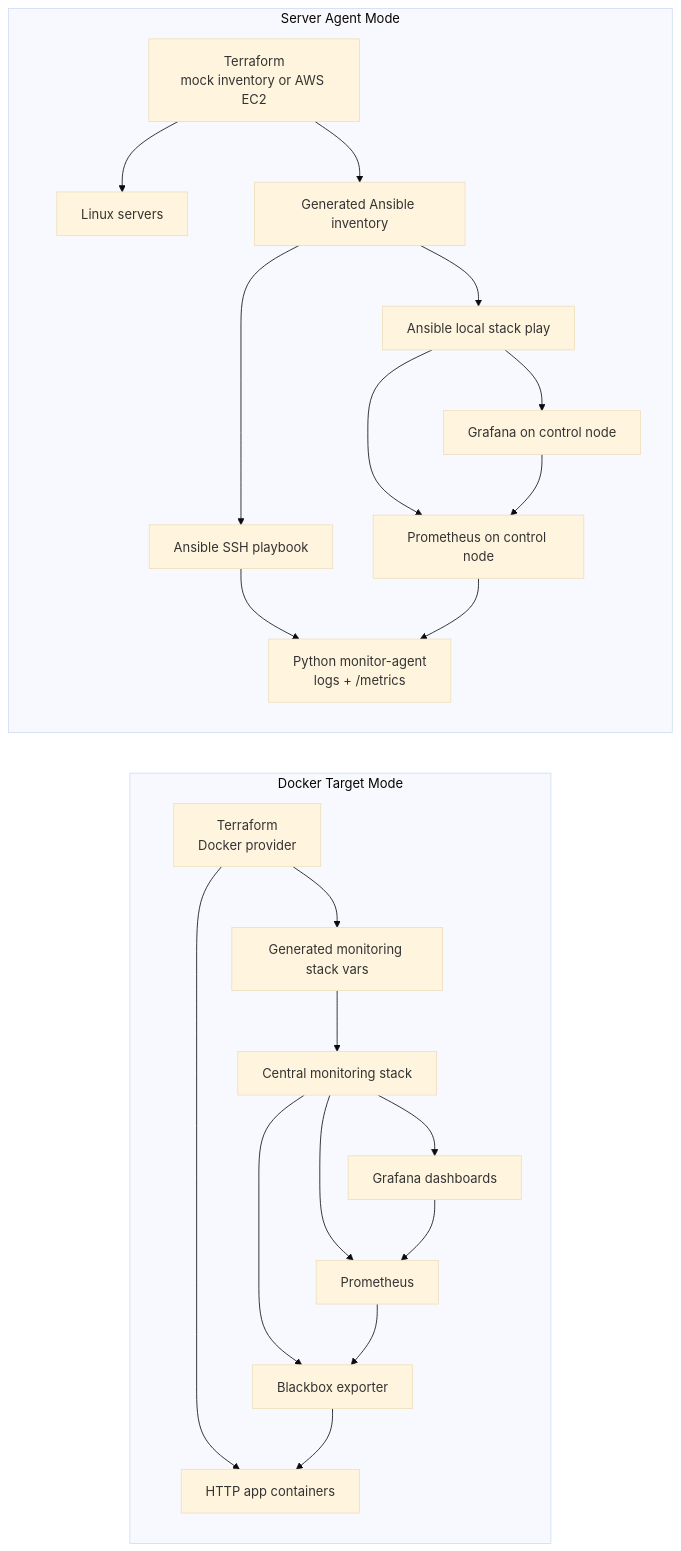
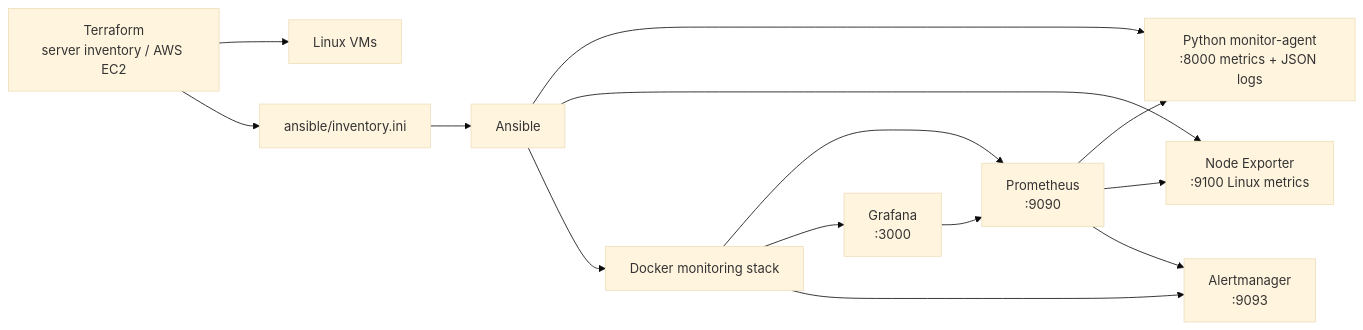
The diagram in README.md (Bikerbyte/iac-monitoring-system), drawn with Mermaid (base theme) before and after one commit. The commit also changed other lines of this file and 25 other files, not shown here.

Commit message:
add Node Exporter role

````diff
--- a/README.md
+++ b/README.md
@@ -29,26 +9,16 @@
 ```mermaid
 flowchart LR
-  subgraph Docker_Mode["Docker Target Mode"]
-    TFD["Terraform\nDocker provider"] --> APP["HTTP app containers"]
-    TFD --> VARS["Generated monitoring stack vars"]
-    VARS --> STACKD["Central monitoring stack"]
-    STACKD --> BB["Blackbox exporter"]
-    STACKD --> PROMD["Prometheus"]
-    STACKD --> GRAFD["Grafana dashboards"]
-    PROMD --> BB
-    BB --> APP
-    GRAFD --> PROMD
-  end
-
-  subgraph Server_Agent_Mode["Server Agent Mode"]
-    TFV["Terraform\nmock inventory or AWS EC2"] --> server["Linux servers"]
-    TFV --> INVV["Generated Ansible inventory"]
-    INVV --> ANSV["Ansible SSH playbook"]
-    ANSV --> AGENT["Python monitor-agent\nlogs + /metrics"]
-    INVV --> STACK["Ansible local stack play"]
-    STACK --> PROMV["Prometheus on control node"]
-    STACK --> GRAFV["Grafana on control node"]
-    PROMV --> AGENT
-    GRAFV --> PROMV
-  end
+  TF["Terraform\nserver inventory / AWS EC2"] --> VM["Linux VMs"]
+  TF --> INV["ansible/inventory.ini"]
+  INV --> ANS["Ansible"]
+  ANS --> AGENT["Python monitor-agent\n:8000 metrics + JSON logs"]
+  ANS --> NODE["Node Exporter\n:9100 Linux metrics"]
+  ANS --> STACK["Docker monitoring stack"]
+  STACK --> PROM["Prometheus\n:9090"]
+  STACK --> GRAF["Grafana\n:3000"]
+  STACK --> AM["Alertmanager\n:9093"]
+  PROM --> AGENT
+  PROM --> NODE
+  PROM --> AM
+  GRAF --> PROM
 ```
````
